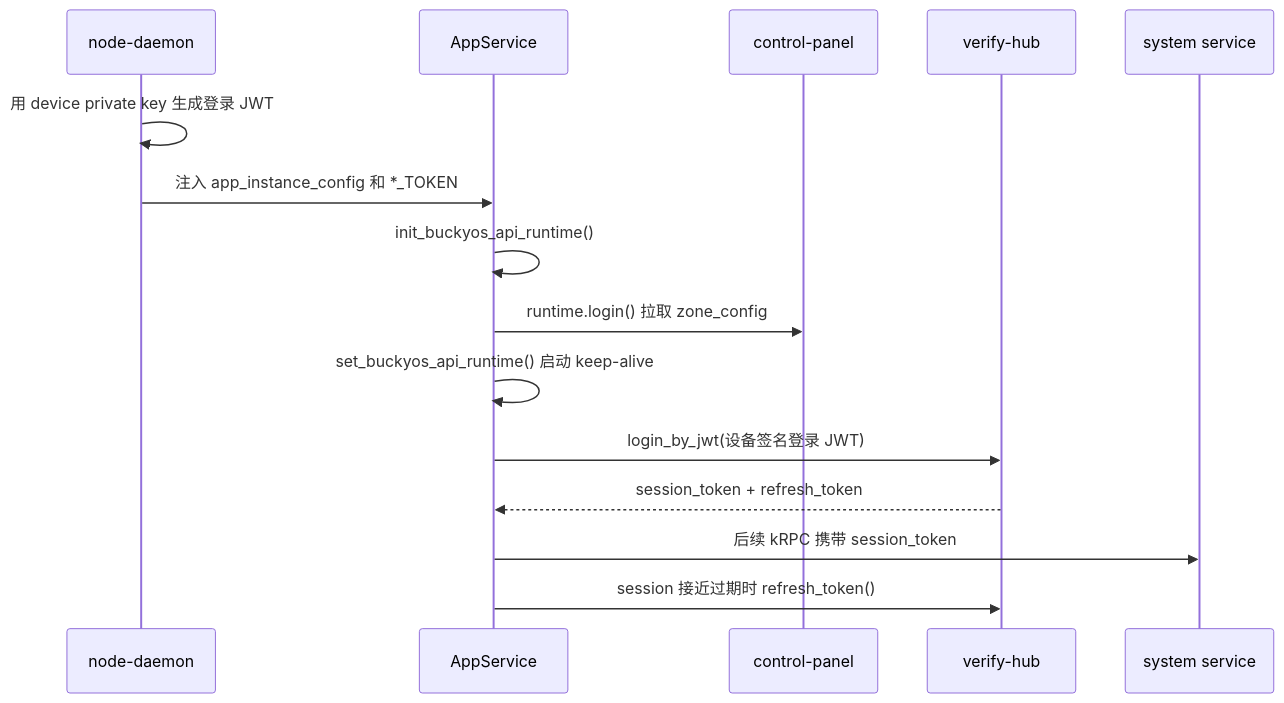
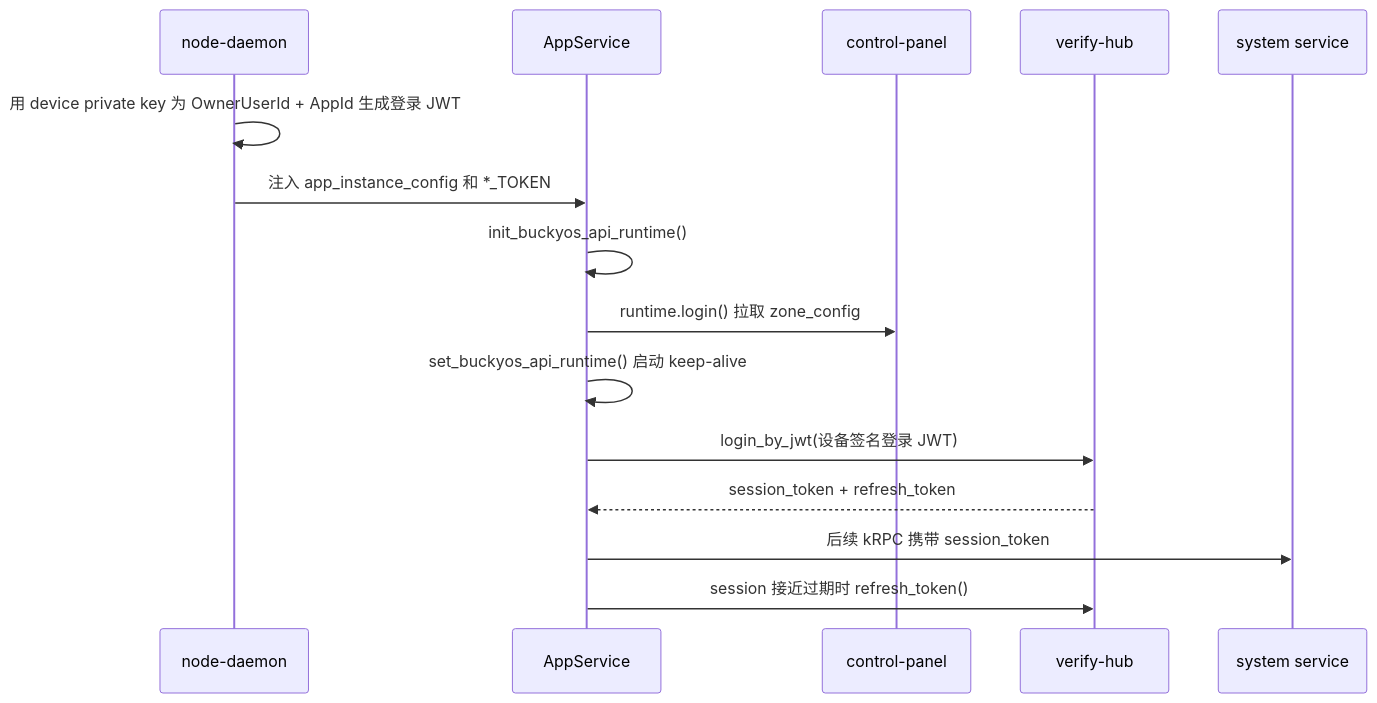
The diagram in doc/sdk/runtime-login.md (buckyos/buckyos), drawn with Mermaid before and after one commit. The commit also changed other lines of this file and 8 other files, not shown here.

````diff
--- a/doc/sdk/runtime-login.md
+++ b/doc/sdk/runtime-login.md
@@ -93,18 +95,18 @@
 ```mermaid
 sequenceDiagram
   participant ND as node-daemon
   participant App as AppService
   participant CP as control-panel
   participant VH as verify-hub
   participant Svc as system service
 
-  ND->>ND: 用 device private key 生成登录 JWT
+  ND->>ND: 用 device private key 为 OwnerUserId + AppId 生成登录 JWT
   ND->>App: 注入 app_instance_config 和 *_TOKEN
   App->>App: init_buckyos_api_runtime()
   App->>CP: runtime.login() 拉取 zone_config
   App->>App: set_buckyos_api_runtime() 启动 keep-alive
   App->>VH: login_by_jwt(设备签名登录 JWT)
   VH-->>App: session_token + refresh_token
   App->>Svc: 后续 kRPC 携带 session_token
   App->>VH: session 接近过期时 refresh_token()
 ```
````
